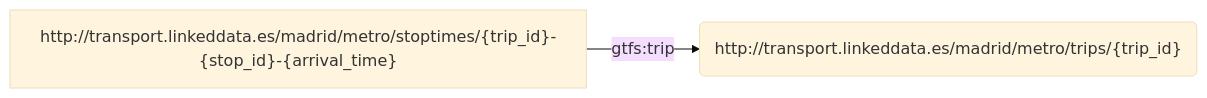
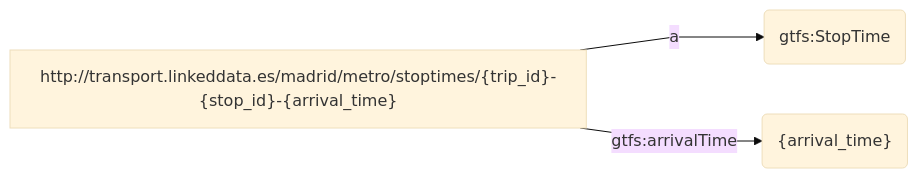
Before and after one commit to oeg-upm/rmldoc: the diagram in example/example.md, drawn with Mermaid. The commit also changed other lines of this file, not shown here.

````diff
--- a/example/example.md
+++ b/example/example.md
@@ -418,7 +79,7 @@
 ```mermaid
 %%{ init : { "theme" : "base", "flowchart" : { "curve" : "linear" }}}%%
-
 flowchart LR
-S1["http://transport.linkeddata.es/madrid/metro/stoptimes/{trip_id}-{stop_id}-{arrival_time}"] -->|"gtfs:trip"| object1("http://transport.linkeddata.es/madrid/metro/trips/{trip_id}")
-
+S["http://transport.linkeddata.es/madrid/metro/stoptimes/{trip_id}-{stop_id}-{arrival_time}"] -->|"a"| object1("gtfs:StopTime")
+S["http://transport.linkeddata.es/madrid/metro/stoptimes/{trip_id}-{stop_id}-{arrival_time}"] -->|"gtfs:arrivalTime"| object2("{arrival_time}")
+    
 ``` 
````
